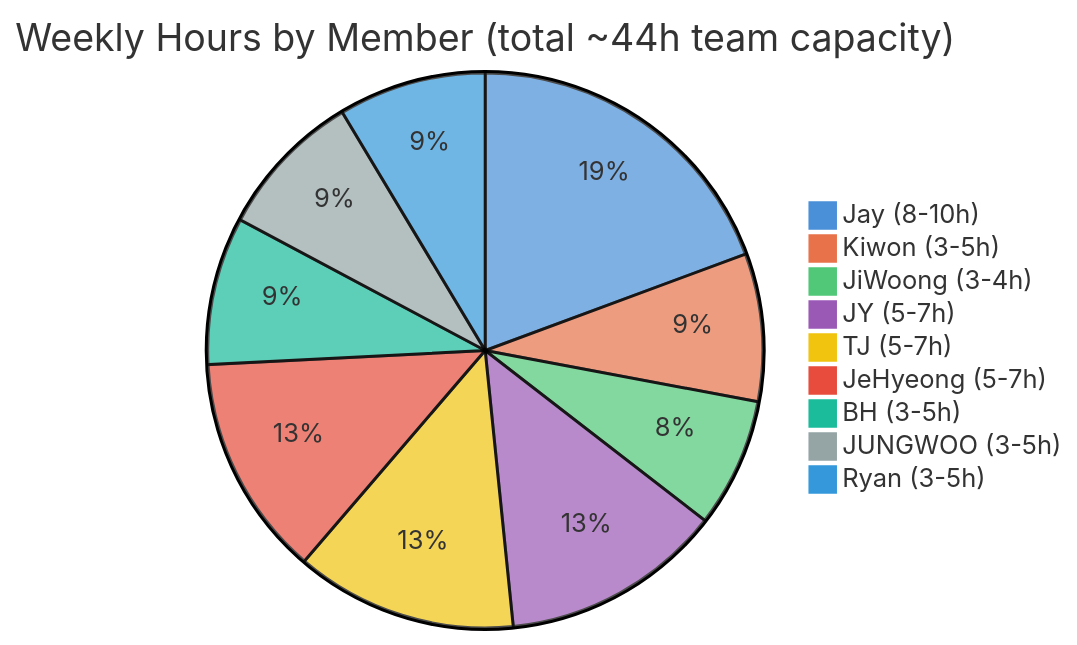
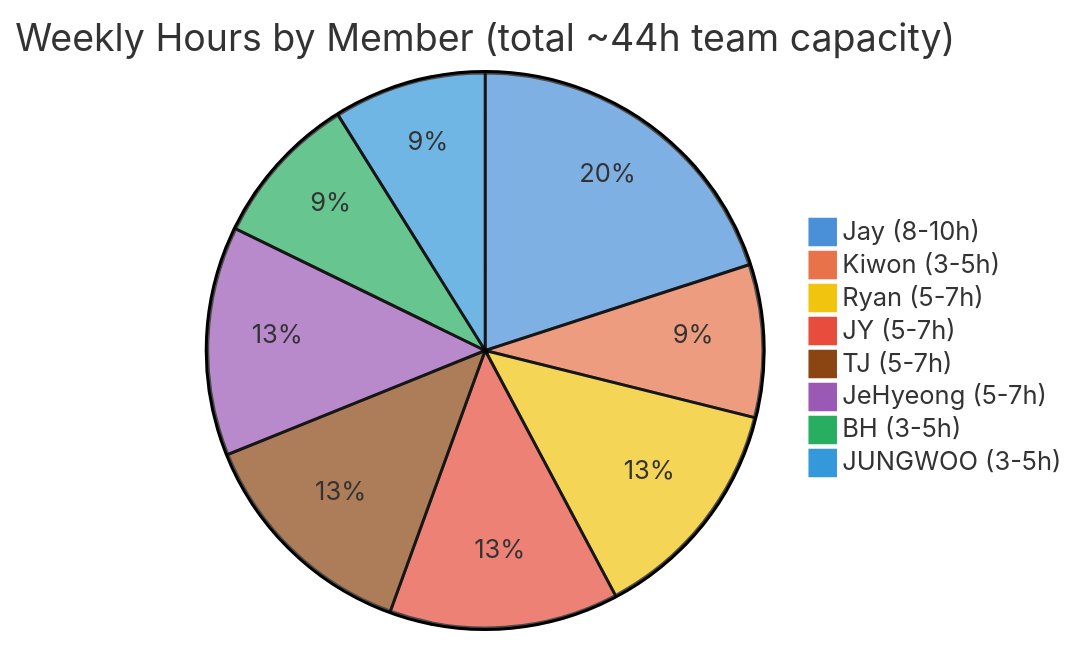
One commit to JeHyeong2/hypeprooflab changed the seventh of 8 diagrams in products/hypeproof-workflow-2026Q2.md. Above: the diagram before and after it, drawn with Mermaid. The commit also changed other lines of this file and 35 other files, not shown here.

First line of the commit message:
fix: merge JiWoong→Ryan, add Academy pipeline, 8 members

````diff
--- a/products/hypeproof-workflow-2026Q2.md
+++ b/products/hypeproof-workflow-2026Q2.md
@@ -401,13 +402,12 @@
 ```mermaid
-%%{init: {'theme': 'base', 'themeVariables': {'pie1': '#4A90D9', 'pie2': '#E8734A', 'pie3': '#50C878', 'pie4': '#9B59B6', 'pie5': '#F1C40F', 'pie6': '#E74C3C', 'pie7': '#1ABC9C', 'pie8': '#95A5A6', 'pie9': '#3498DB'}}}%%
+%%{init: {'theme': 'base', 'themeVariables': {'pie1': '#4A90D9', 'pie2': '#E8734A', 'pie3': '#F1C40F', 'pie4': '#E74C3C', 'pie5': '#8B4513', 'pie6': '#9B59B6', 'pie7': '#27AE60', 'pie8': '#3498DB'}}}%%
 pie title Weekly Hours by Member (total ~44h team capacity)
     "Jay (8-10h)" : 9
     "Kiwon (3-5h)" : 4
-    "JiWoong (3-4h)" : 3.5
+    "Ryan (5-7h)" : 6
     "JY (5-7h)" : 6
     "TJ (5-7h)" : 6
     "JeHyeong (5-7h)" : 6
     "BH (3-5h)" : 4
     "JUNGWOO (3-5h)" : 4
-    "Ryan (3-5h)" : 4
 ```
````
